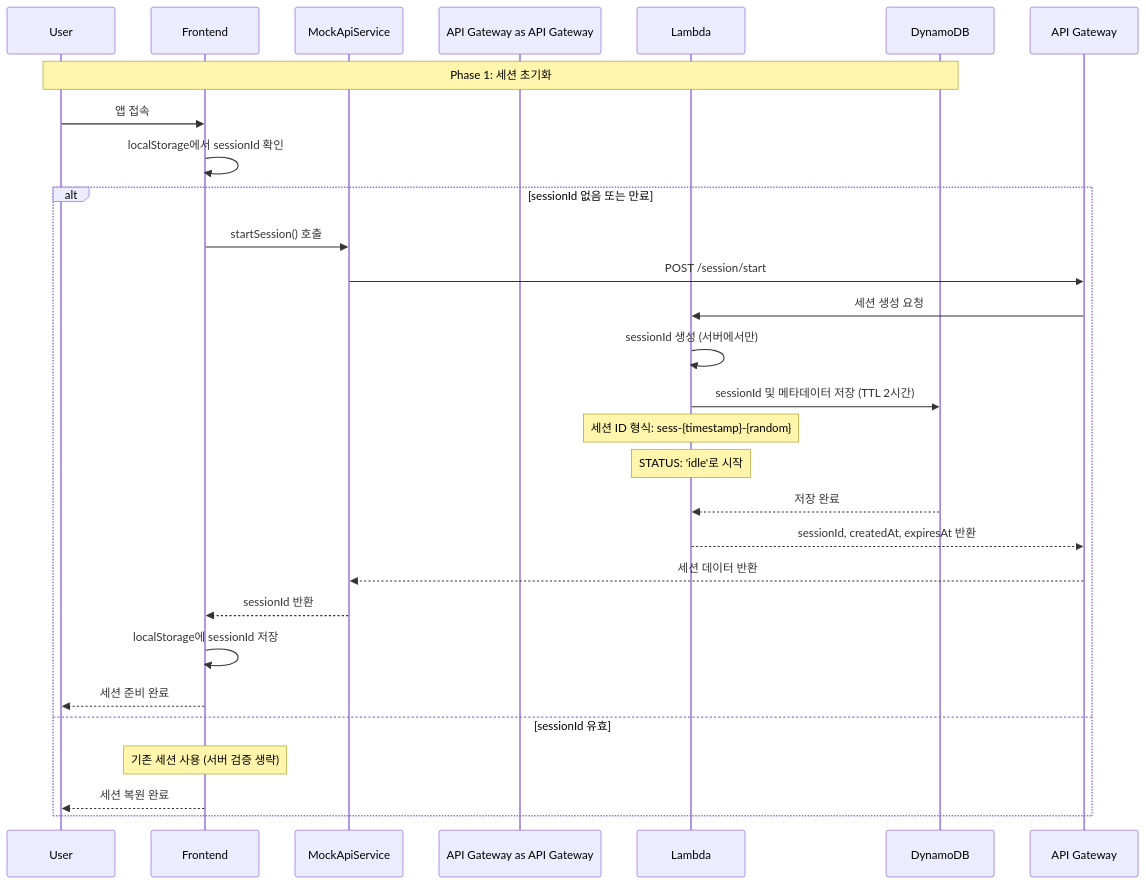
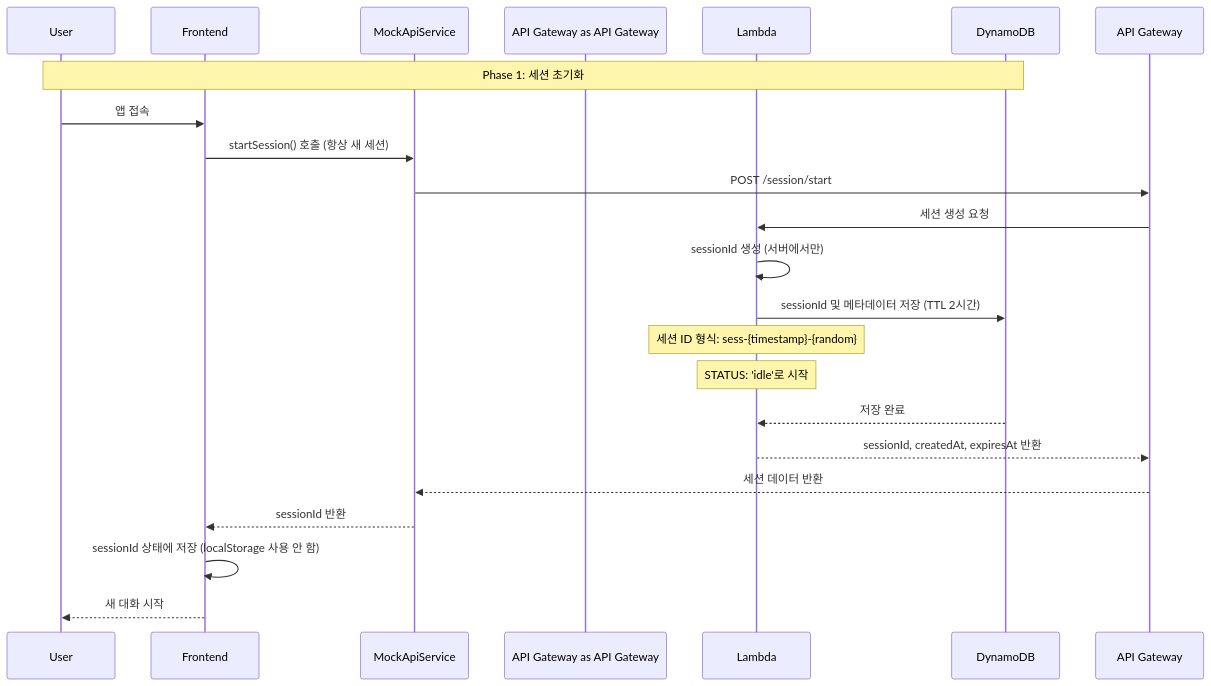
One commit to awsqhackathonXddeokssang/team21-aws-hackathon changed the diagram in docs/integration/sequences/PHASE1_INITIALIZATION.md. Above: the diagram before and after it, drawn with Mermaid. The commit also changed other lines of this file and 3 other files, not shown here.

Commit message:
Remove localStorage session persistence to always create new conversation

````diff
--- a/docs/integration/sequences/PHASE1_INITIALIZATION.md
+++ b/docs/integration/sequences/PHASE1_INITIALIZATION.md
@@ -8,35 +8,28 @@
 ```mermaid
 sequenceDiagram
     participant User
     participant Frontend
     participant MockApiService
     participant API Gateway as API Gateway
     participant Lambda
     participant DynamoDB
 
     Note over User, DynamoDB: Phase 1: 세션 초기화
 
     User->>Frontend: 앱 접속
-    Frontend->>Frontend: localStorage에서 sessionId 확인
+    Frontend->>MockApiService: startSession() 호출 (항상 새 세션)
+    MockApiService->>API Gateway: POST /session/start
+    API Gateway->>Lambda: 세션 생성 요청
+    Lambda->>Lambda: sessionId 생성 (서버에서만)
+    Lambda->>DynamoDB: sessionId 및 메타데이터 저장 (TTL 2시간)
     
-    alt sessionId 없음 또는 만료
-        Frontend->>MockApiService: startSession() 호출
-        MockApiService->>API Gateway: POST /session/start
-        API Gateway->>Lambda: 세션 생성 요청
-        Lambda->>Lambda: sessionId 생성 (서버에서만)
-        Lambda->>DynamoDB: sessionId 및 메타데이터 저장 (TTL 2시간)
-        
-        Note over Lambda: 세션 ID 형식: sess-{timestamp}-{random}
-        Note over Lambda: STATUS: 'idle'로 시작
-        
-        DynamoDB-->>Lambda: 저장 완료
-        Lambda-->>API Gateway: sessionId, createdAt, expiresAt 반환
-        API Gateway-->>MockApiService: 세션 데이터 반환
-        MockApiService-->>Frontend: sessionId 반환
-        Frontend->>Frontend: localStorage에 sessionId 저장
-        Frontend-->>User: 세션 준비 완료
-    else sessionId 유효
-        Note over Frontend: 기존 세션 사용 (서버 검증 생략)
-        Frontend-->>User: 세션 복원 완료
-    end
+    Note over Lambda: 세션 ID 형식: sess-{timestamp}-{random}
+    Note over Lambda: STATUS: 'idle'로 시작
+    
+    DynamoDB-->>Lambda: 저장 완료
+    Lambda-->>API Gateway: sessionId, createdAt, expiresAt 반환
+    API Gateway-->>MockApiService: 세션 데이터 반환
+    MockApiService-->>Frontend: sessionId 반환
+    Frontend->>Frontend: sessionId 상태에 저장 (localStorage 사용 안 함)
+    Frontend-->>User: 새 대화 시작
 ```
````
